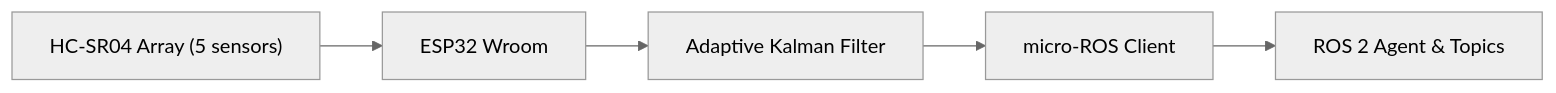
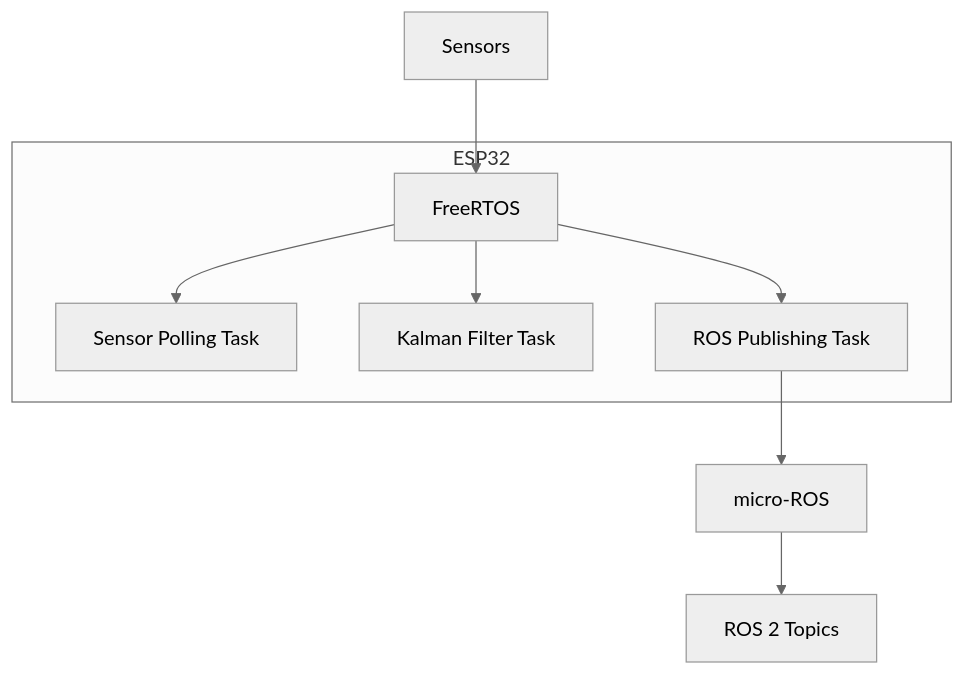
One commit to Adem-Aoun/ROSonicCam changed the second of 2 diagrams in README.md. Above: the diagram before and after it, drawn with Mermaid (neutral theme). The commit also changed other lines of this file, not shown here.

````diff
--- a/README.md
+++ b/README.md
@@ -44,7 +47,11 @@
 ```mermaid
-flowchart LR
-    Sensors["HC-SR04 Array (5 sensors)"] --> ESP32["ESP32 Wroom"]
-    ESP32 --> Filter["Adaptive Kalman Filter"]
-    Filter --> microROS["micro-ROS Client"]
-    microROS --> ROS2["ROS 2 Agent & Topics"]
+flowchart TB
+    S[Sensors] --> RTOS[FreeRTOS]
+    subgraph ESP32
+    RTOS --> T1[Sensor Polling Task]
+    RTOS --> T2[Kalman Filter Task]
+    RTOS --> T3[ROS Publishing Task]
+    end
+    T3 --> M[micro-ROS]
+    M --> R[ROS 2 Topics]
 ```
````
